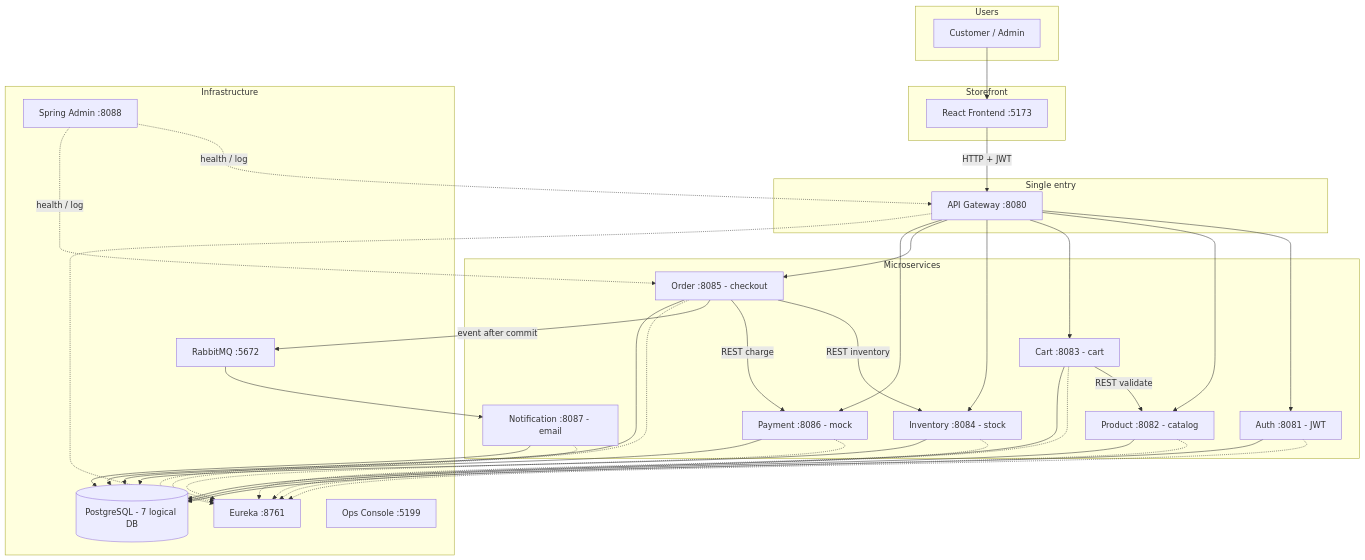
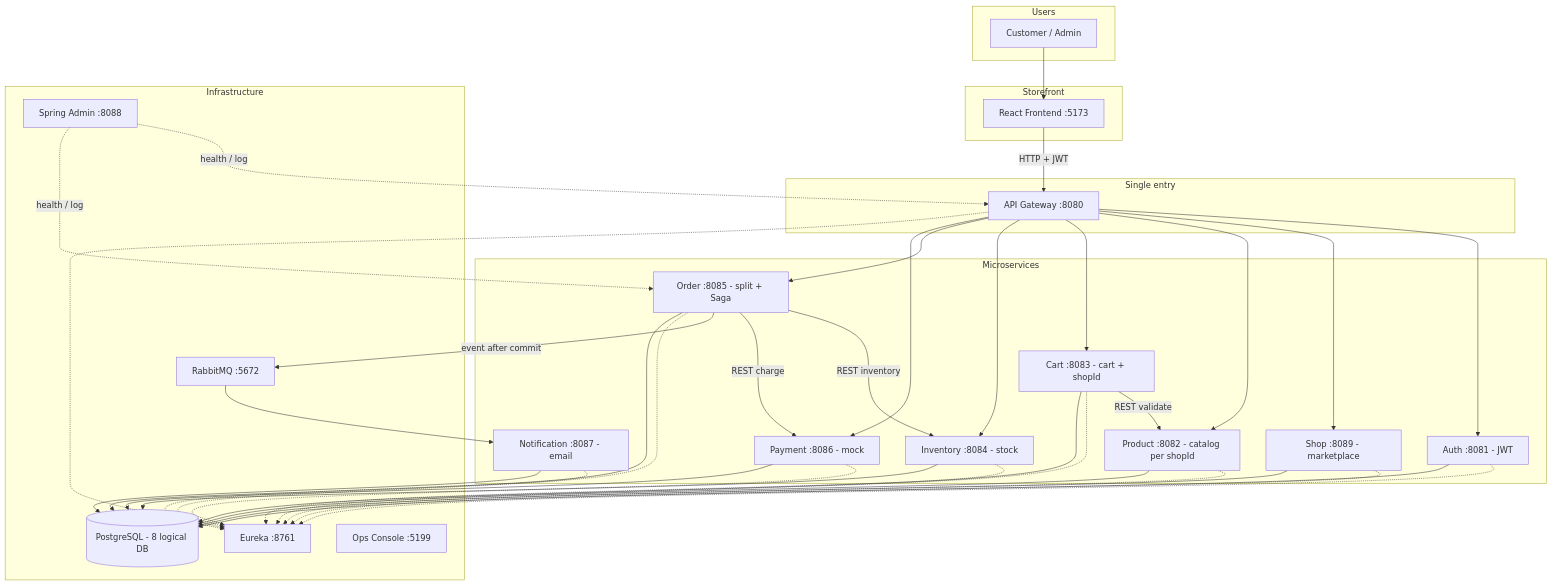
One commit to trinhvanhai1994/GTVT_ecommerce changed the first of 4 diagrams in README.md. Above: the diagram before and after it, drawn with Mermaid. The commit also changed other lines of this file, not shown here.

````diff
--- a/README.md
+++ b/README.md
@@ -19,67 +35,71 @@
 ```mermaid
 flowchart TB
   subgraph Users["Users"]
     KH["Customer / Admin"]
   end
 
   subgraph Storefront["Storefront"]
     FE["React Frontend :5173"]
   end
 
   subgraph Entry["Single entry"]
     GW["API Gateway :8080"]
   end
 
   subgraph Services["Microservices"]
     AUTH["Auth :8081 - JWT"]
-    PROD["Product :8082 - catalog"]
-    CART["Cart :8083 - cart"]
+    SHOP["Shop :8089 - marketplace"]
+    PROD["Product :8082 - catalog per shopId"]
+    CART["Cart :8083 - cart + shopId"]
     INV["Inventory :8084 - stock"]
-    ORD["Order :8085 - checkout"]
+    ORD["Order :8085 - split + Saga"]
     PAY["Payment :8086 - mock"]
     NOTI["Notification :8087 - email"]
   end
 
   subgraph Infra["Infrastructure"]
     EU["Eureka :8761"]
     MQ["RabbitMQ :5672"]
-    PG[("PostgreSQL - 7 logical DB")]
+    PG[("PostgreSQL - 8 logical DB")]
     ADM["Spring Admin :8088"]
     OPS["Ops Console :5199"]
   end
 
   KH --> FE
   FE -->|"HTTP + JWT"| GW
   GW --> AUTH
+  GW --> SHOP
   GW --> PROD
   GW --> CART
   GW --> INV
   GW --> ORD
   GW --> PAY
 
   ORD -->|"REST inventory"| INV
   ORD -->|"REST charge"| PAY
   CART -->|"REST validate"| PROD
   ORD -->|"event after commit"| MQ
   MQ --> NOTI
 
   AUTH -.-> EU
+  SHOP -.-> EU
   PROD -.-> EU
   CART -.-> EU
   INV -.-> EU
   ORD -.-> EU
   PAY -.-> EU
   NOTI -.-> EU
   GW -.-> EU
 
   AUTH --> PG
+  SHOP --> PG
   PROD --> PG
   CART --> PG
   INV --> PG
   ORD --> PG
   PAY --> PG
   NOTI --> PG
 
   ADM -.->|"health / log"| GW
   ADM -.->|"health / log"| ORD
 ```
````
